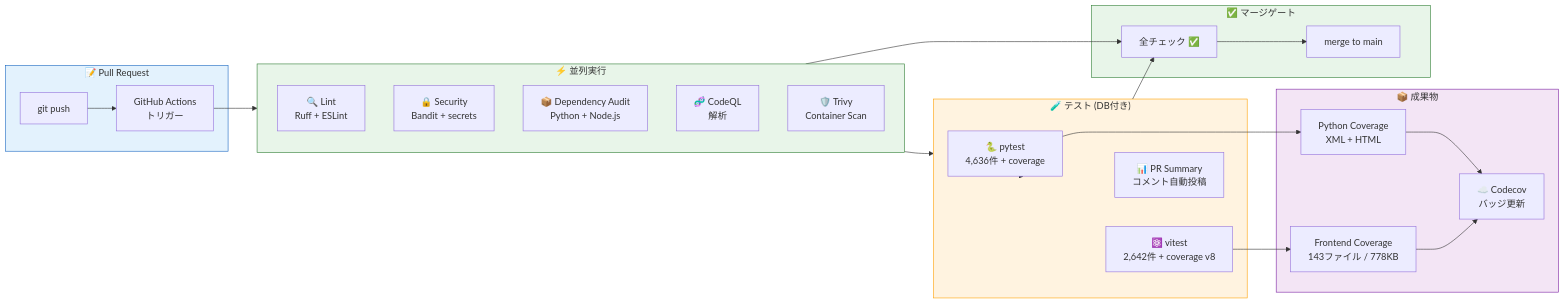
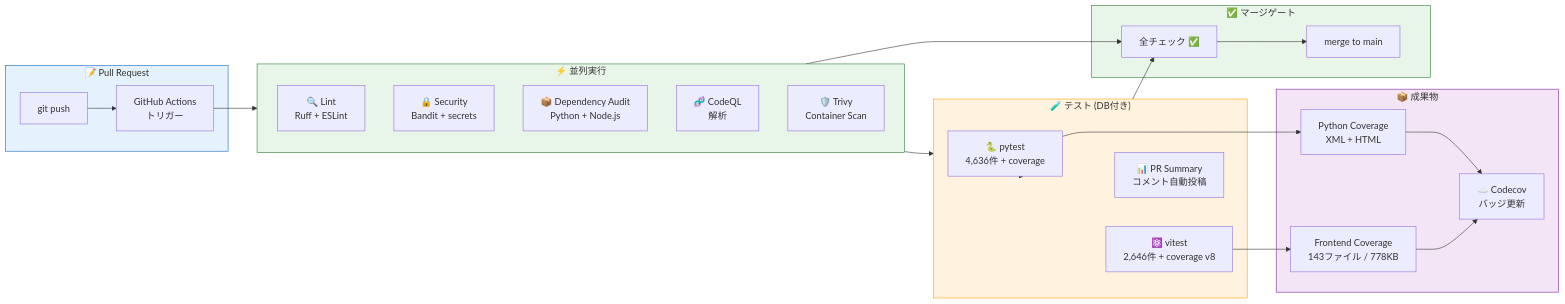
One commit to Kensan196948G/AEGIS-SIGHT changed the first of 6 diagrams in README.md. Above: the diagram before and after it, drawn with Mermaid. The commit also changed other lines of this file, not shown here.

Commit message:
docs: update vitest 2642→2646 and branch coverage 90.25%→90.42%

````diff
--- a/README.md
+++ b/README.md
@@ -144,46 +144,46 @@
 ```mermaid
 flowchart LR
     subgraph PR["📝 Pull Request"]
         PUSH["git push"] --> TRIGGER["GitHub Actions\nトリガー"]
     end
 
     subgraph PARALLEL["⚡ 並列実行"]
         direction TB
         LINT["🔍 Lint\nRuff + ESLint"]
         SEC["🔒 Security\nBandit + secrets"]
         DEPS["📦 Dependency Audit\nPython + Node.js"]
         CODEQL["🧬 CodeQL\n解析"]
         TRIVY["🛡️ Trivy\nContainer Scan"]
     end
 
     subgraph TEST["🧪 テスト (DB付き)"]
         PYTEST["🐍 pytest\n4,636件 + coverage"]
-        VITEST["⚛️ vitest\n2,642件 + coverage v8"]
+        VITEST["⚛️ vitest\n2,646件 + coverage v8"]
         REPORT["📊 PR Summary\nコメント自動投稿"]
     end
 
     subgraph ARTIFACTS["📦 成果物"]
         PY_COV["Python Coverage\nXML + HTML"]
         FE_COV["Frontend Coverage\n143ファイル / 778KB"]
         CODECOV["☁️ Codecov\nバッジ更新"]
     end
 
     subgraph GATE["✅ マージゲート"]
         GREEN["全チェック ✅"] --> MERGE["merge to main"]
     end
 
     TRIGGER --> PARALLEL
     PARALLEL --> TEST
     TEST --> PYTEST & VITEST
     PYTEST --> PY_COV
     VITEST --> FE_COV
     PY_COV & FE_COV --> CODECOV
     TEST --> REPORT
     PARALLEL & TEST --> GREEN
 
     style PR fill:#E3F2FD,stroke:#1565C0
     style PARALLEL fill:#E8F5E9,stroke:#2E7D32
     style TEST fill:#FFF3E0,stroke:#FFA000
     style ARTIFACTS fill:#F3E5F5,stroke:#7B1FA2
     style GATE fill:#E8F5E9,stroke:#2E7D32
 ```
````
